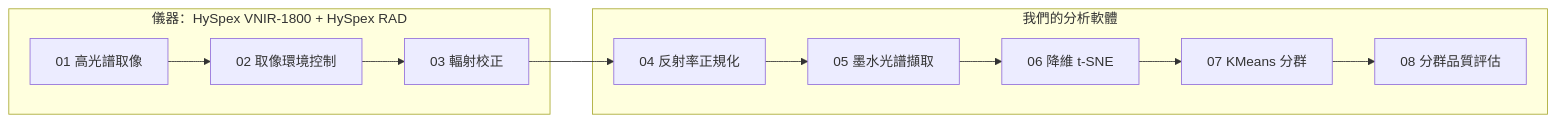
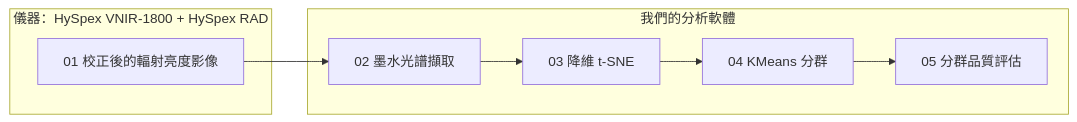
Before and after one commit to donydony228/signature-forensics-demo: the diagram in docs/software-services.md, drawn with Mermaid. The commit also changed other lines of this file and 5 other files, not shown here.

````diff
--- a/docs/software-services.md
+++ b/docs/software-services.md
@@ -9,10 +9,10 @@
 ```mermaid
 flowchart LR
   subgraph HW["儀器：HySpex VNIR-1800 + HySpex RAD"]
-    A1["01 高光譜取像"] --> A2["02 取像環境控制"] --> A3["03 輻射校正"]
+    A1["01 校正後的輻射亮度影像"]
   end
   subgraph SW["我們的分析軟體"]
-    B1["04 反射率正規化"] --> B2["05 墨水光譜擷取"] --> B3["06 降維 t-SNE"] --> B4["07 KMeans 分群"] --> B5["08 分群品質評估"]
+    B1["02 墨水光譜擷取"] --> B2["03 降維 t-SNE"] --> B3["04 KMeans 分群"] --> B4["05 分群品質評估"]
   end
-  A3 --> B1
+  A1 --> B1
 ```
````
